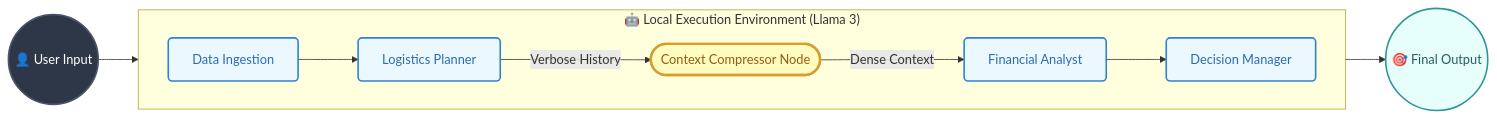
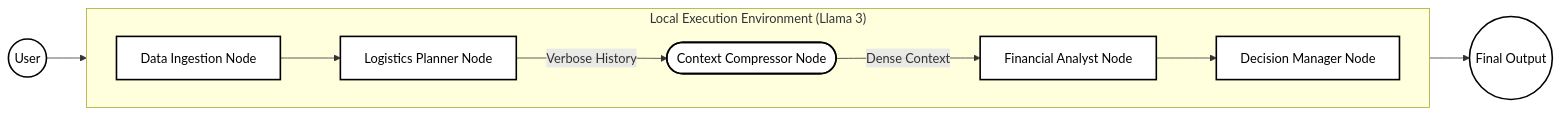
The diagram in README.md (abdelkaderelassali/Token-Efficient-Multi-Agent), drawn with Mermaid before and after one commit.

Commit message:
chore: Change graph to black and white minimalist

````diff
--- a/README.md
+++ b/README.md
@@ -11,28 +11,25 @@
 ```mermaid
 graph LR
-    %% Modern styling
-    classDef user fill:#2d3748,stroke:#4a5568,stroke-width:2px,color:#fff,rx:10,ry:10;
-    classDef agent fill:#ebf8ff,stroke:#3182ce,stroke-width:2px,color:#2b6cb0,rx:5,ry:5;
-    classDef compressor fill:#fefcbf,stroke:#d69e2e,stroke-width:3px,color:#975a16,rx:15,ry:15;
-    classDef output fill:#e6fffa,stroke:#319795,stroke-width:2px,color:#285e61,rx:10,ry:10;
+    classDef default fill:#ffffff,stroke:#000000,stroke-width:2px,color:#000000;
+    classDef rounded fill:#ffffff,stroke:#000000,stroke-width:2px,color:#000000,rx:20,ry:20;
 
-    User((👤 User Input)):::user
+    User((User)):::default
     
-    subgraph Ollama ["🤖 Local Execution Environment (Llama 3)"]
+    subgraph "Local Execution Environment (Llama 3)"
         direction LR
-        A[Data Ingestion]:::agent
-        B[Logistics Planner]:::agent
-        C([Context Compressor Node]):::compressor
-        D[Financial Analyst]:::agent
-        E[Decision Manager]:::agent
+        A[Data Ingestion Node]:::default
+        B[Logistics Planner Node]:::default
+        C([Context Compressor Node]):::rounded
+        D[Financial Analyst Node]:::default
+        E[Decision Manager Node]:::default
     end
     
-    Result((🎯 Final Output)):::output
+    Result((Final Output)):::default
 
     User --> A
     A --> B
     B -->|Verbose History| C
     C -->|Dense Context| D
     D --> E
     E --> Result
 ```
````
